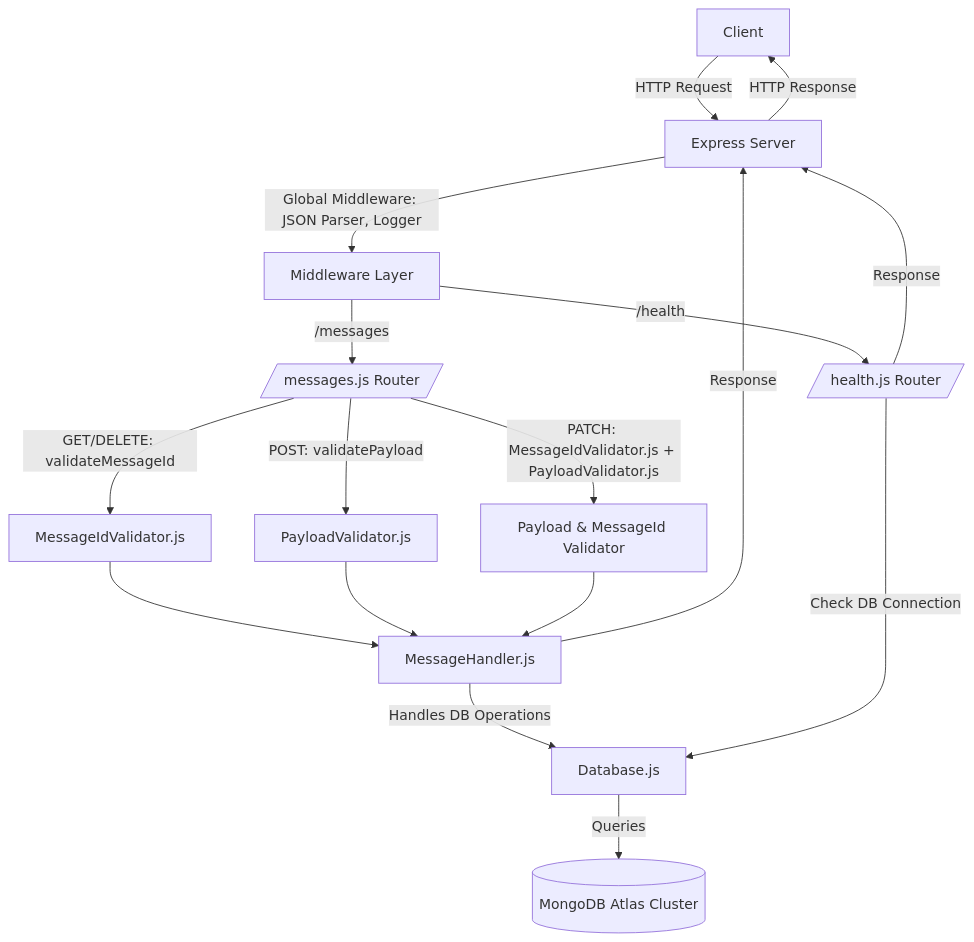
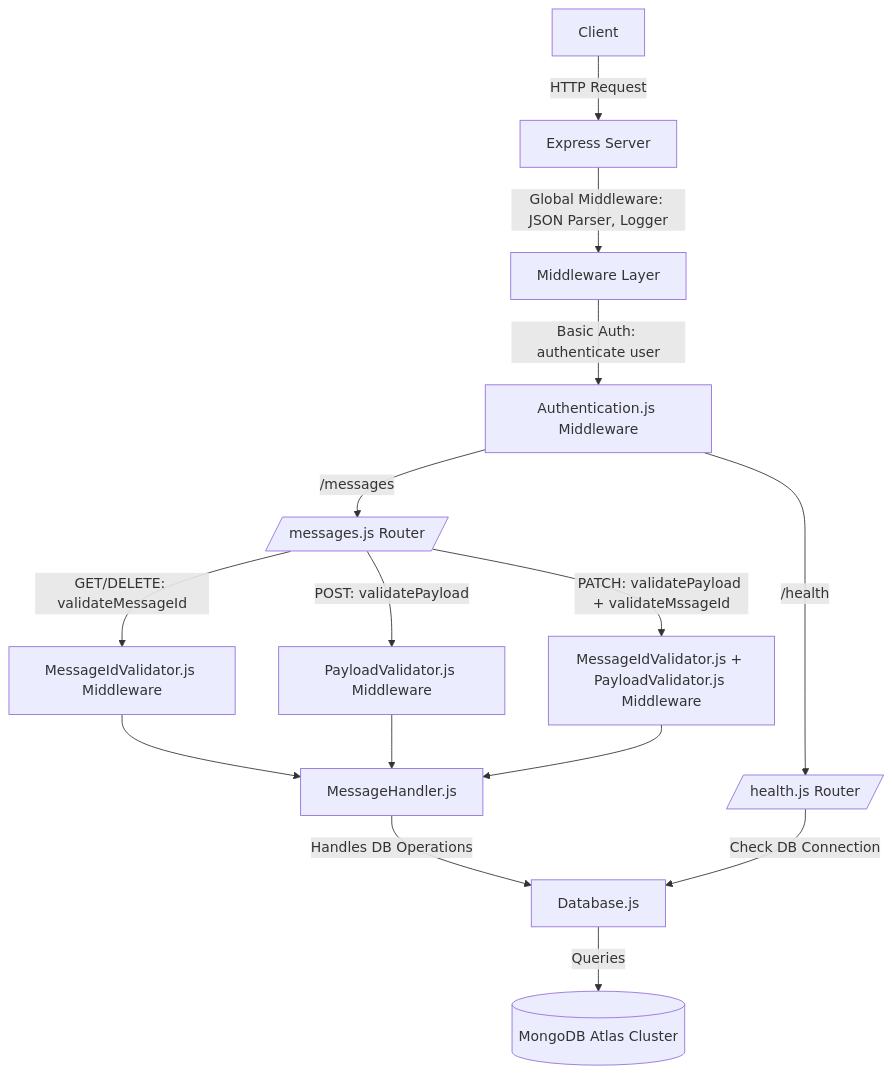
The diagram in README.md (andrewcroft19/MessageApp), drawn with Mermaid before and after one commit. The commit also changed other lines of this file and 5 other files, not shown here.

Commit message:
Add Basic Auth

````diff
--- a/README.md
+++ b/README.md
@@ -227,32 +232,32 @@
 ```mermaid
 flowchart TD
     %% Client
     Client[Client] -->|HTTP Request| Express[Express Server]
 
     %% Global Middleware
     Express -->|Global Middleware: JSON Parser, Logger| Middleware[Middleware Layer]
 
+    %% Basic Auth Middleware
+    Middleware -->|Basic Auth: authenticate user| AuthMiddleware[Authentication.js Middleware]
+
     %% Routes
-    Middleware --> |/messages|MessagesRouter[/messages.js Router/]
-    Middleware --> |/health|HealthRouter[/health.js Router/]
+    AuthMiddleware --> |/messages|MessagesRouter[/messages.js Router/]
+    AuthMiddleware --> |/health|HealthRouter[/health.js Router/]
 
     %% Message-specific middleware applied BEFORE route handler
-    MessagesRouter -->|GET/DELETE: validateMessageId| ValidateID[MessageIdValidator.js]
-    MessagesRouter -->|POST: validatePayload| ValidatePayload[PayloadValidator.js]
-    MessagesRouter -->|PATCH: MessageIdValidator.js + PayloadValidator.js| ValidatePatch[Payload & MessageId Validator]
+    MessagesRouter -->|GET/DELETE: validateMessageId| ValidateID[MessageIdValidator.js Middleware]
+    MessagesRouter -->|POST: validatePayload| ValidatePayload[PayloadValidator.js Middleware]
+    MessagesRouter -->|PATCH: validatePayload + validateMssageId| ValidatePatch[MessageIdValidator.js + PayloadValidator.js Middleware]
 
     %% Services
     ValidateID --> MessageService[MessageHandler.js]
     ValidatePayload --> MessageService
     ValidatePatch --> MessageService
 
     %% Database Layer
     MessageService --> |Handles DB Operations| DatabaseLayer[Database.js]
     HealthRouter -->|Check DB Connection| DatabaseLayer
     DatabaseLayer -->|Queries| MongoDB[(MongoDB Atlas Cluster)]
 
     %% Response
-    MessageService -->|Response| Express
-    HealthRouter -->|Response| Express
-    Express -->|HTTP Response| Client
 ```
````
